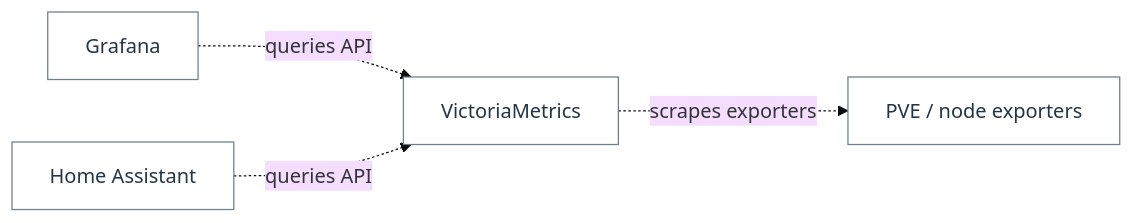
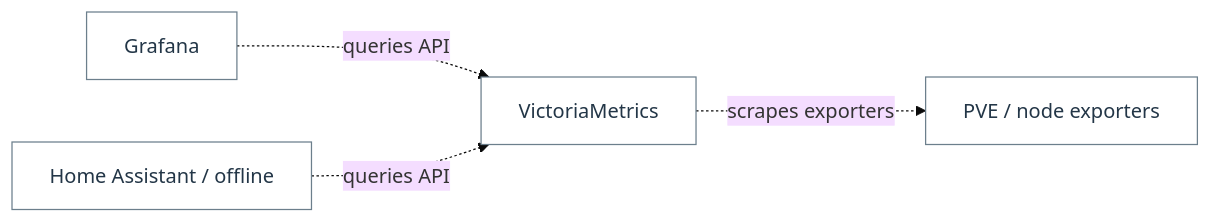
Before and after one commit to Harsh-2002/Homelab: diagram 18 of 22 in docs/architecture/homelab-mermaid.md, drawn with Mermaid (base theme). The commit also changed other lines of this file and 38 other files, not shown here.

````diff
--- a/docs/architecture/homelab-mermaid.md
+++ b/docs/architecture/homelab-mermaid.md
@@ -560,12 +560,12 @@
 ```mermaid
 flowchart LR
   n_flow_9_0["VictoriaMetrics"]
   n_flow_9_1["Grafana"]
-  n_flow_9_2["Home Assistant"]
+  n_flow_9_2["Home Assistant / offline"]
   n_flow_9_3["PVE / node exporters"]
   n_flow_9_1 -.->|"queries API"| n_flow_9_0
   n_flow_9_2 -.->|"queries API"| n_flow_9_0
   n_flow_9_0 -.->|"scrapes exporters"| n_flow_9_3
   classDef c_flow_9_0 fill:#ffffff,stroke:#6c7f8c,color:#233647;
   class n_flow_9_0,n_flow_9_1,n_flow_9_2,n_flow_9_3 c_flow_9_0;
 ```
````
